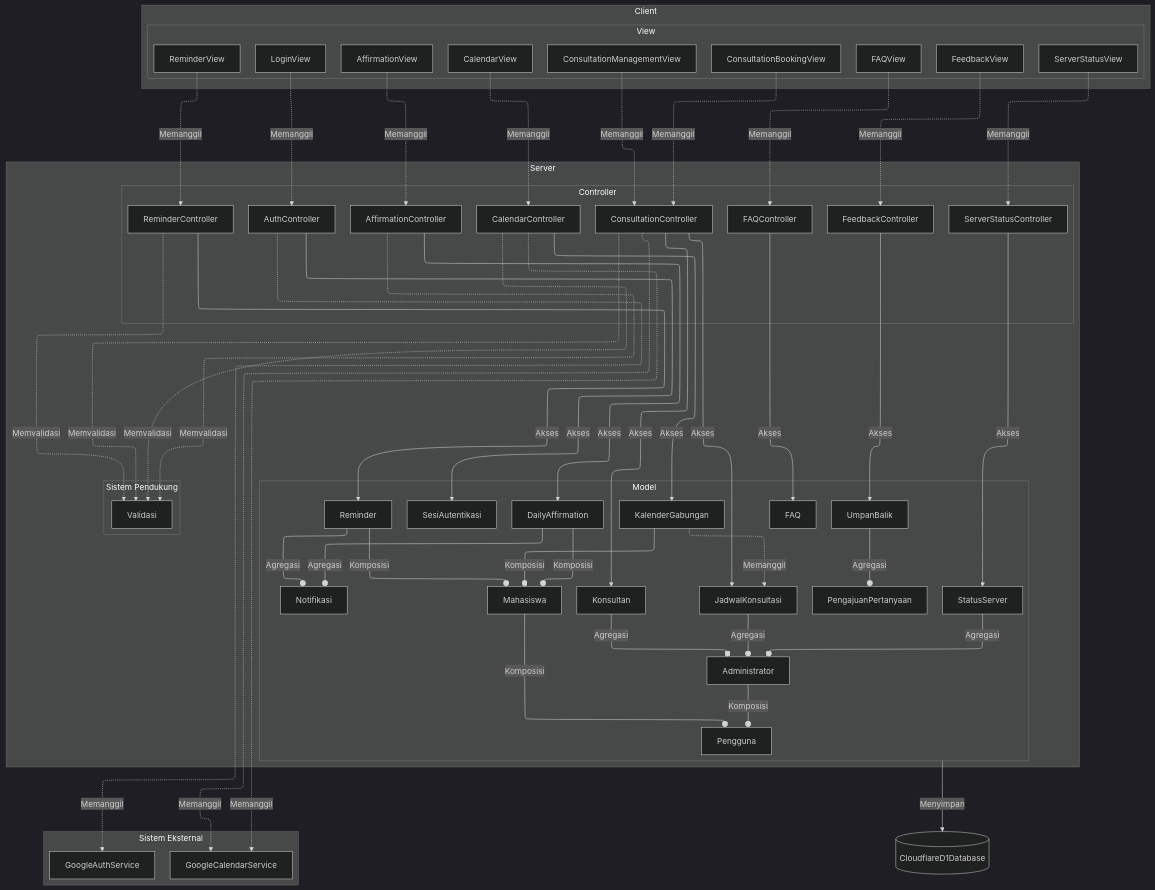
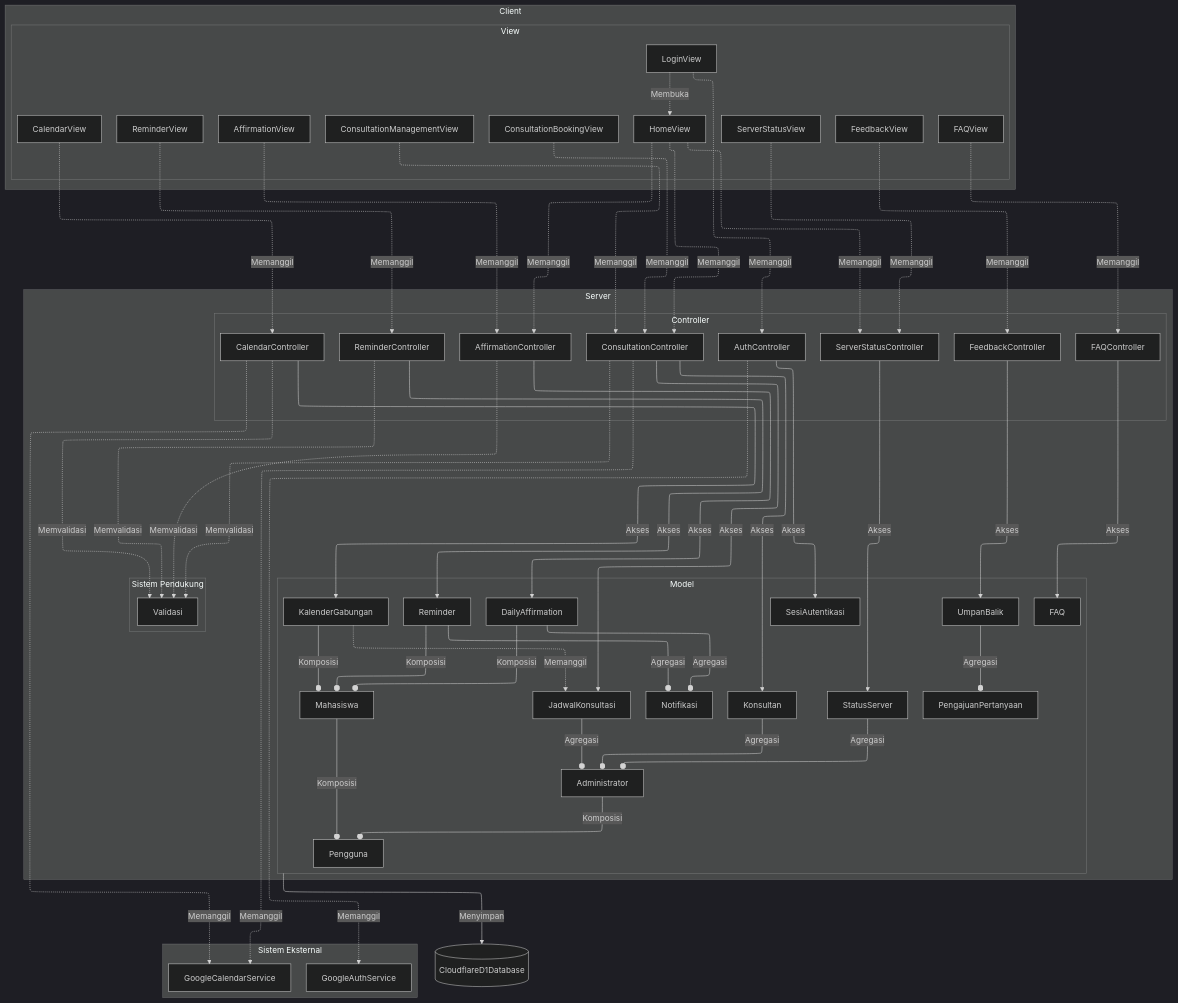
One commit to sbxte/IF2150-RPL-K01-G04 changed the second of 41 diagrams in docs/M8/K01_G04_DPPL2.md. Above: the diagram before and after it, drawn with Mermaid (dark theme). The commit also changed other lines of this file and 15 other files, not shown here.

```diff
--- a/docs/M8/K01_G04_DPPL2.md
+++ b/docs/M8/K01_G04_DPPL2.md
@@ -274,6 +277,7 @@
         FeedbackView
         ServerStatusView
         LoginView
+        HomeView
         CalendarView
         ConsultationBookingView
         ConsultationManagementView
@@ -330,6 +334,10 @@
     FeedbackView -.->|Memanggil| FeedbackController
     ServerStatusView -.->|Memanggil| ServerStatusController
     LoginView -.->|Memanggil| AuthController
+    LoginView -.->|Membuka| HomeView
+    HomeView -.->|Memanggil| AffirmationController
+    HomeView -.->|Memanggil| ConsultationController
+    HomeView -.->|Memanggil| ServerStatusController
     CalendarView -.->|Memanggil| CalendarController
     ConsultationBookingView -.->|Memanggil| ConsultationController
     ConsultationManagementView -.->|Memanggil| ConsultationController
```
